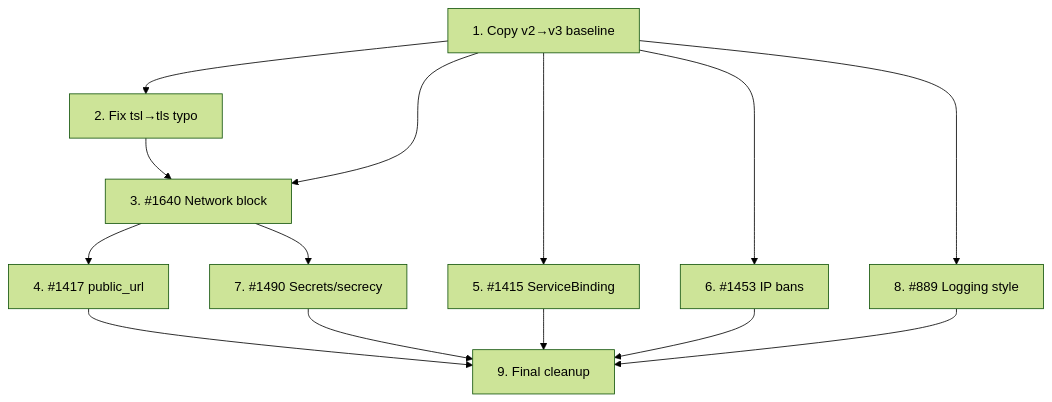
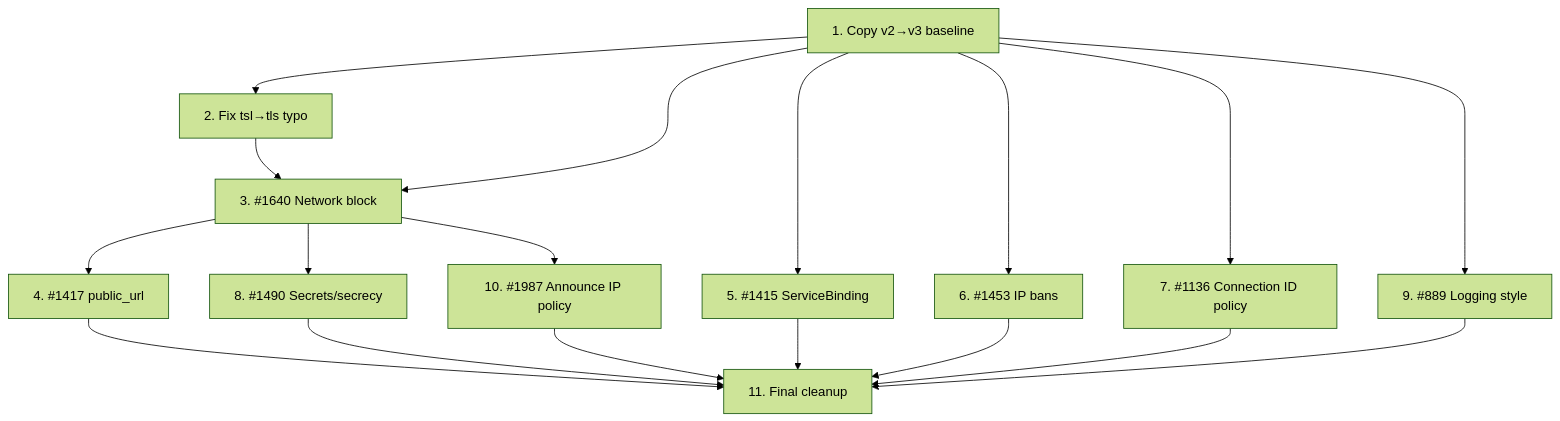
The diagram in docs/issues/open/1978-configuration-overhaul-epic.md (torrust/torrust-tracker), drawn with Mermaid (forest theme) before and after one commit. The commit also changed other lines of this file and 1 other file, not shown here.

Commit message:
docs(configuration): specify connection ID validation policy

````diff
--- a/docs/issues/open/1978-configuration-overhaul-epic.md
+++ b/docs/issues/open/1978-configuration-overhaul-epic.md
@@ -94,16 +104,20 @@
 ```mermaid
 graph TD
     sub1["1. Copy v2→v3 baseline"] --> sub2["2. Fix tsl→tls typo"]
     sub1 --> sub3["3. #1640 Network block"]
     sub1 --> sub5["5. #1415 ServiceBinding"]
     sub1 --> sub6["6. #1453 IP bans"]
-    sub1 --> sub8["8. #889 Logging style"]
+      sub1 --> sub7["7. #1136 Connection ID policy"]
+      sub1 --> sub9["9. #889 Logging style"]
     sub2 --> sub3
     sub3 --> sub4["4. #1417 public_url"]
-    sub3 --> sub7["7. #1490 Secrets/secrecy"]
-    sub4 --> sub9["9. Final cleanup"]
-    sub5 --> sub9
-    sub6 --> sub9
-    sub7 --> sub9
-    sub8 --> sub9
+      sub3 --> sub8["8. #1490 Secrets/secrecy"]
+      sub3 --> sub10["10. #1987 Announce IP policy"]
+      sub4 --> sub11["11. Final cleanup"]
+      sub5 --> sub11
+      sub6 --> sub11
+      sub7 --> sub11
+      sub8 --> sub11
+      sub9 --> sub11
+      sub10 --> sub11
 ```
````
